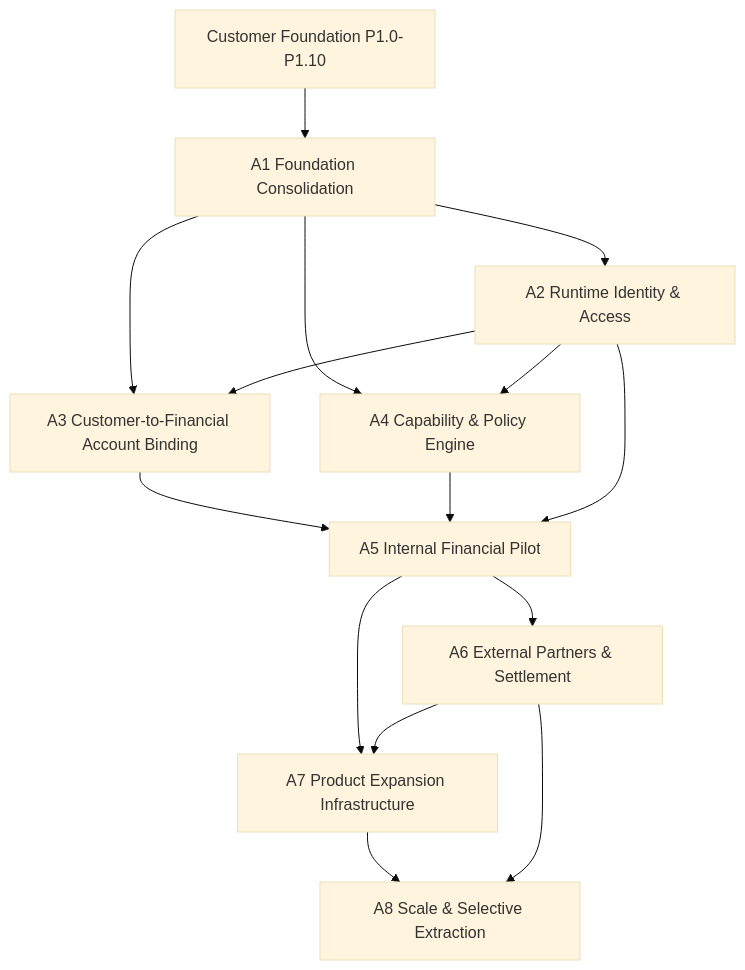
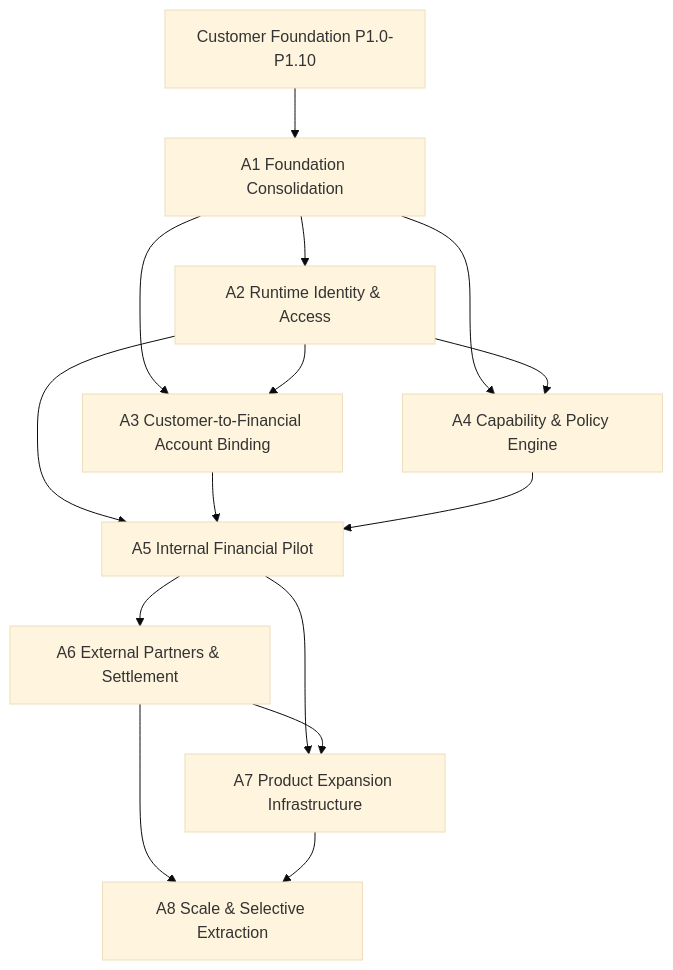
Before and after one commit to shyne240/monienaija: the diagram in docs/DEPENDENCY-GRAPH.md, drawn with Mermaid (base theme). The commit also changed other lines of this file and 3 other files, not shown here.

Commit message:
docs: restore canonical ownership roadmap and dependencies

````diff
--- a/docs/DEPENDENCY-GRAPH.md
+++ b/docs/DEPENDENCY-GRAPH.md
@@ -33,27 +37,27 @@
 ```mermaid
 flowchart TD
   P1[Customer Foundation P1.0-P1.10]
   A1[A1 Foundation Consolidation]
   A2[A2 Runtime Identity & Access]
   A3[A3 Customer-to-Financial Account Binding]
   A4[A4 Capability & Policy Engine]
   A5[A5 Internal Financial Pilot]
   A6[A6 External Partners & Settlement]
   A7[A7 Product Expansion Infrastructure]
   A8[A8 Scale & Selective Extraction]
 
   P1 --> A1
   A1 --> A2
   A1 --> A3
+  A1 --> A4
   A2 --> A3
-  A1 --> A4
   A2 --> A4
+  A2 --> A5
   A3 --> A5
   A4 --> A5
-  A2 --> A5
   A5 --> A6
   A5 --> A7
   A6 --> A7
+  A6 --> A8
   A7 --> A8
-  A6 --> A8
 ```
````
